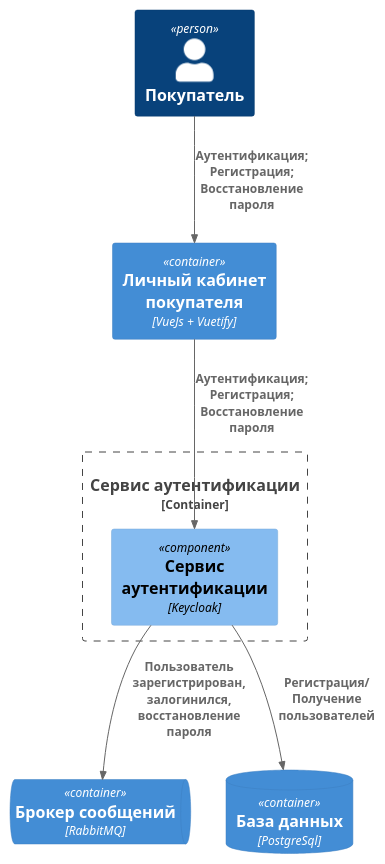
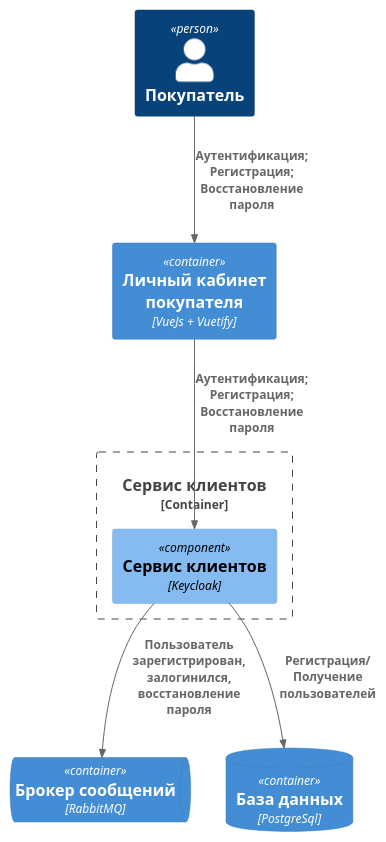
One commit to kelvionald/saas-shop changed the diagram in docs/c4/3.component-service-user.puml. Above: the diagram before and after it, drawn with PlantUML. The commit also changed 1 other file, not shown here.

```diff
--- a/docs/c4/3.component-service-user.puml
+++ b/docs/c4/3.component-service-user.puml
@@ -1,21 +1,21 @@
 @startuml
 !include https://raw.githubusercontent.com/plantuml-stdlib/C4-PlantUML/master/C4_Component.puml
 
 Person(user_customer, "Покупатель")
 
 ContainerQueue(system_queue, "Брокер сообщений", "RabbitMQ")
 
 Container(system_account_front, "Личный кабинет покупателя", "VueJs + Vuetify")
 
 ContainerDb(container_db, "База данных", "PostgreSql")
 
-Container_Boundary(system_admin1, "Сервис аутентификации") {
-    Component(system_sign, "Сервис аутентификации", "Keycloak")
+Container_Boundary(system_admin1, "Сервис клиентов") {
+    Component(system_sign, "Сервис клиентов", "Keycloak")
 }
 
 Rel(system_sign, container_db, "Регистрация/ Получение пользователей")
 Rel(user_customer, system_account_front, "Аутентификация; Регистрация; Восстановление пароля")
 Rel(system_account_front, system_sign, "Аутентификация; Регистрация; Восстановление пароля")
 Rel(system_sign, system_queue, "Пользователь зарегистрирован, залогинился, восстановление пароля")
 
 @enduml
```
